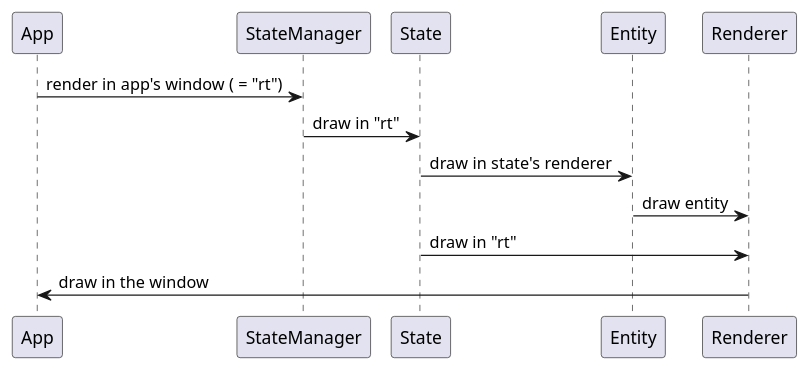
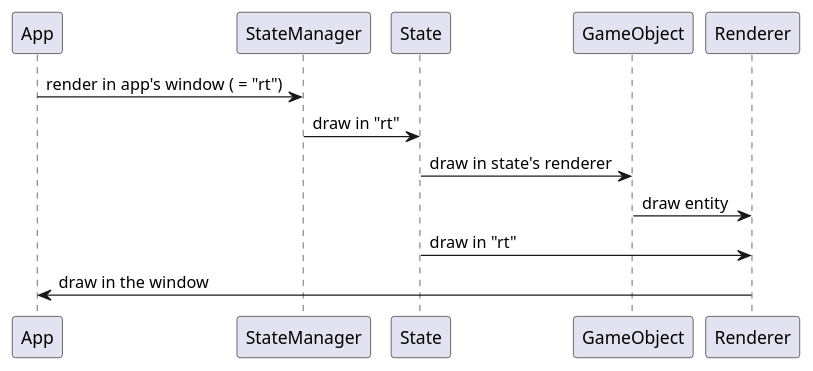
The diagram in docs/diagrams/rendering.pu (Pixotters/FROG), drawn with PlantUML before and after one commit. The commit also changed 1 other file, not shown here.

Commit message:
updated the docs about "Entity renamed as GameObject"

```diff
--- a/docs/diagrams/rendering.pu
+++ b/docs/diagrams/rendering.pu
@@ -1,14 +1,14 @@
 @startuml
 'participant App
 'participant StateManager
 'participant State
-'participant Entity
+'participant GameObject
 'participant Renderer
 
 App -> StateManager: render in app's window ( = "rt")
 StateManager -> State: draw in "rt"
-State -> Entity: draw in state's renderer
-Entity -> Renderer: draw entity
+State -> GameObject: draw in state's renderer
+GameObject -> Renderer: draw entity
 State -> Renderer: draw in "rt"
 App <- Renderer: draw in the window
 @enduml
```
